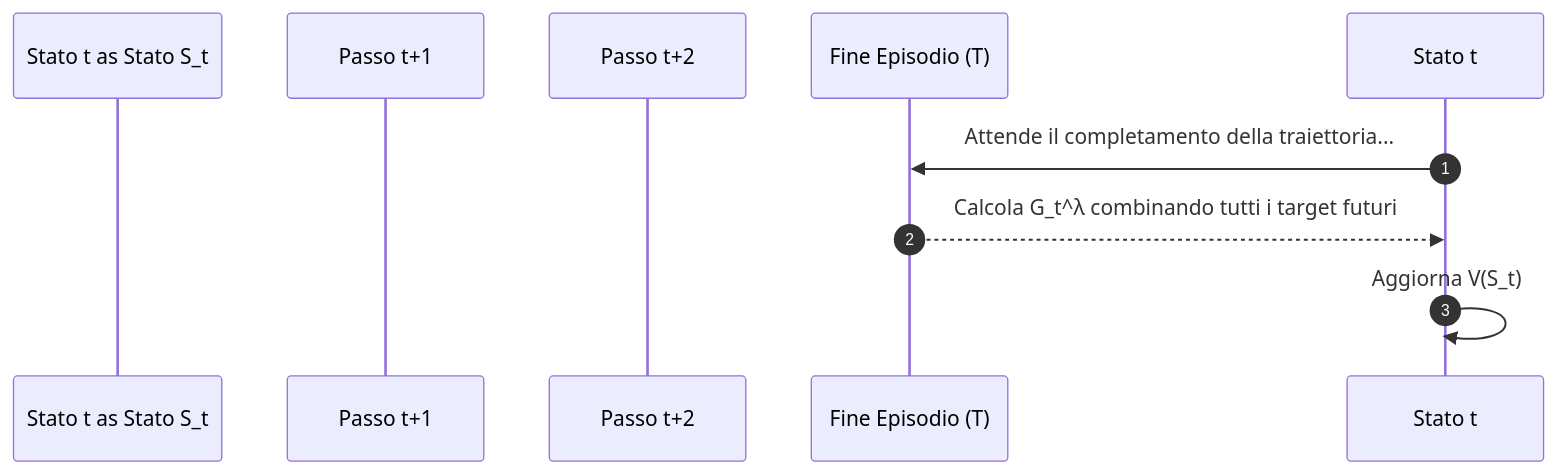
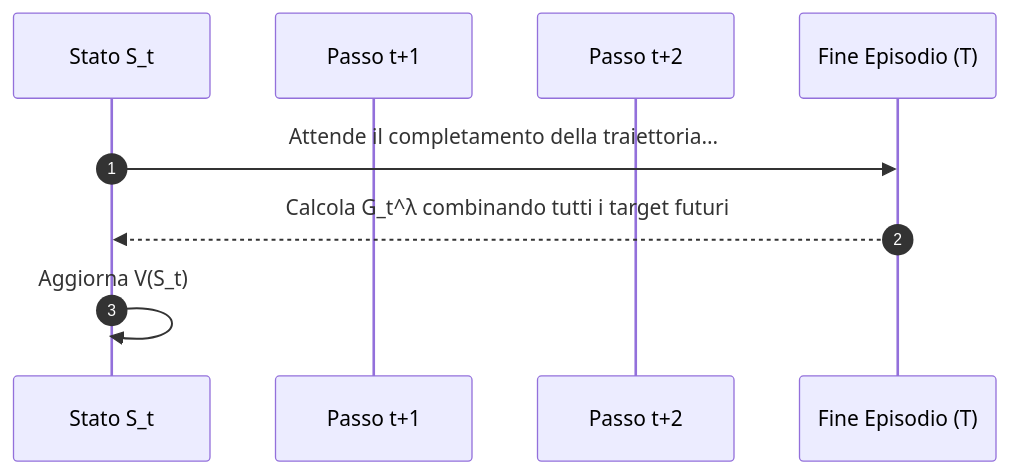
One commit to giovannistefanuto/Lezionify-Appunti changed the fifth of 5 diagrams in Reinforcement Learning/2026-11-09/schema.md. Above: the diagram before and after it, drawn with Mermaid. The commit also changed other lines of this file, not shown here.

````diff
--- a/Reinforcement Learning/2026-11-09/schema.md
+++ b/Reinforcement Learning/2026-11-09/schema.md
@@ -386,12 +386,12 @@
 ```mermaid
 sequenceDiagram
     autonumber
-    participant Stato t as Stato S_t
+    participant StatoT as Stato S_t
     participant Futuro1 as Passo t+1
     participant Futuro2 as Passo t+2
     participant Fine as Fine Episodio (T)
     
-    Stato t->>Fine: Attende il completamento della traiettoria...
-    Fine-->>Stato t: Calcola G_t^λ combinando tutti i target futuri
-    Stato t->>Stato t: Aggiorna V(S_t)
+    StatoT->>Fine: Attende il completamento della traiettoria...
+    Fine-->>StatoT: Calcola G_t^λ combinando tutti i target futuri
+    StatoT->>StatoT: Aggiorna V(S_t)
 ```
````
